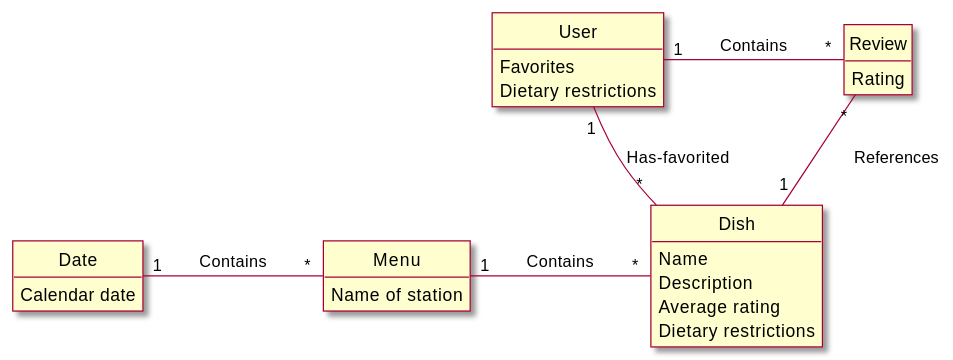
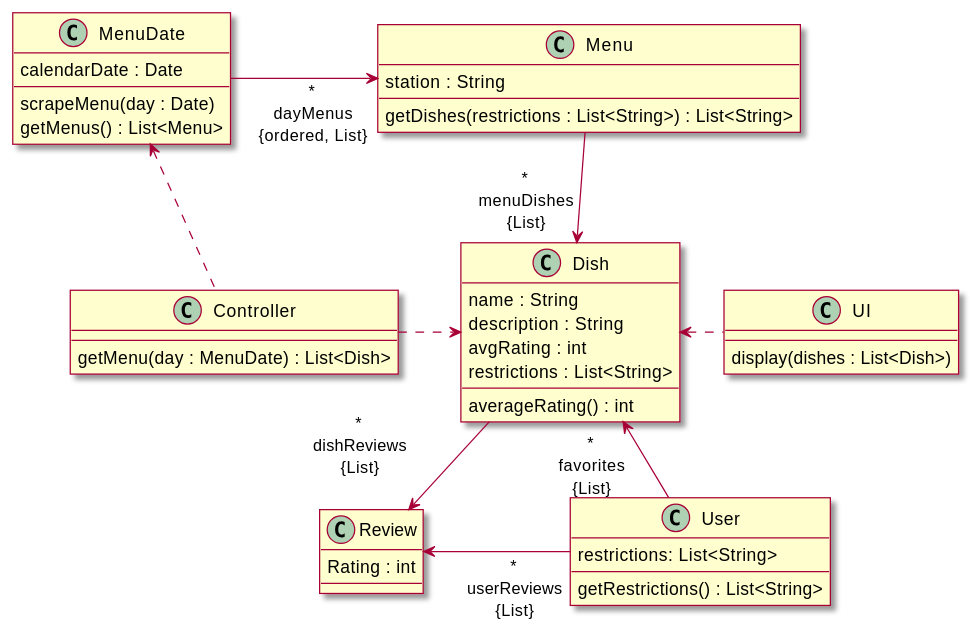
The first of 4 diagrams in intellij/doc/design.md (sashap100/Vassar-Dining-App), drawn with PlantUML before and after one commit. The commit also changed other lines of this file and 1 other file, not shown here.

Commit message:
Made Controller class file, updated class diagram and browse menu sequence diagram, added fetch web menu sequence diagram

````diff
--- a/intellij/doc/design.md
+++ b/intellij/doc/design.md
@@ -11,36 +11,50 @@
 ```plantuml
 @startuml
 
 skin rose
 
-hide circle
-hide empty methods
-
 ' classes
 class User{
-    Favorites
-    Dietary restrictions
+    restrictions: List<String>
+    --
+    getRestrictions() : List<String>
 }
 class Review{
-    Rating
+    Rating : int
 }
-class Date{
-    Calendar date
+class MenuDate{
+    calendarDate : Date
+    --
+    scrapeMenu(day : Date)
+    getMenus() : List<Menu>
 }
 class Menu{
-    Name of station
+    station : String
+    --
+    getDishes(restrictions : List<String>) : List<String>
 }
 class Dish{
-    Name
-    Description
-    Average rating
-    Dietary restrictions
+    name : String
+    description : String
+    avgRating : int
+    restrictions : List<String>
+    --
+    averageRating() : int
+}
+class Controller{
+    getMenu(day : MenuDate) : List<Dish>
+}
+class UI{
+    display(dishes : List<Dish>)
 }
 
 ' associations
-User "1" - "*" Review : \tContains\t\t
-User "1" - "*" Dish : Has-favorited\t\t
-Review "*" -- "1" Dish : \tReferences\t\t
-Date "1" - "*" Menu : \tContains\t\t
-Menu "1" - "*" Dish : \tContains\t\t
+User --left-> "\t*\n \tuserReviews\n\t{List}" Review : \t\t\t
+User -> "*\nfavorites\n{List}" Dish
+Dish --> "\t*\n\tdishReviews\n\t{List}\n" Review
+MenuDate -right-> "*\ndayMenus\n{ordered, List}" Menu : \t\t\t
+Menu -down-> "*\nmenuDishes\n{List}" Dish : \t\t
+Controller .up.> MenuDate
+Controller .> Dish
+UI .left.> Dish
 ```
````
